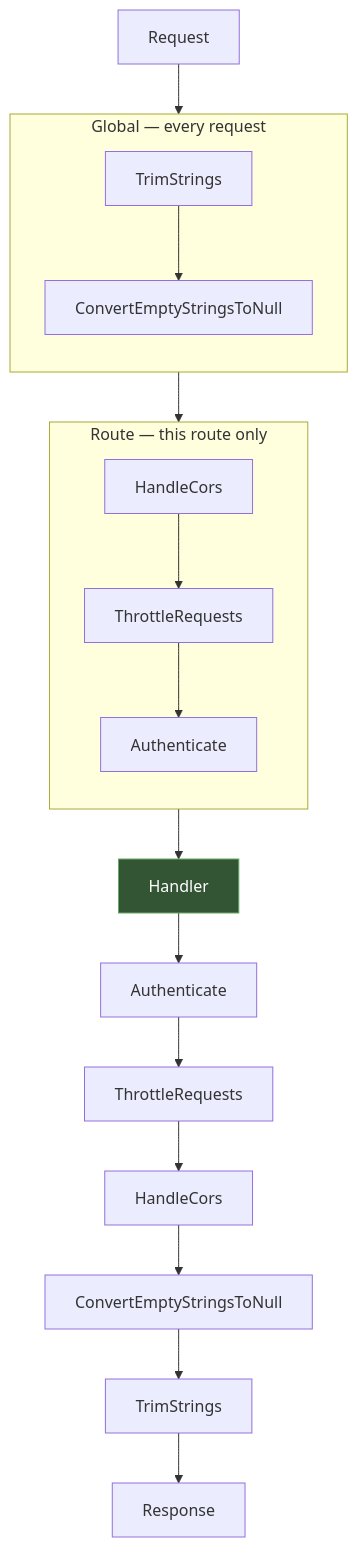
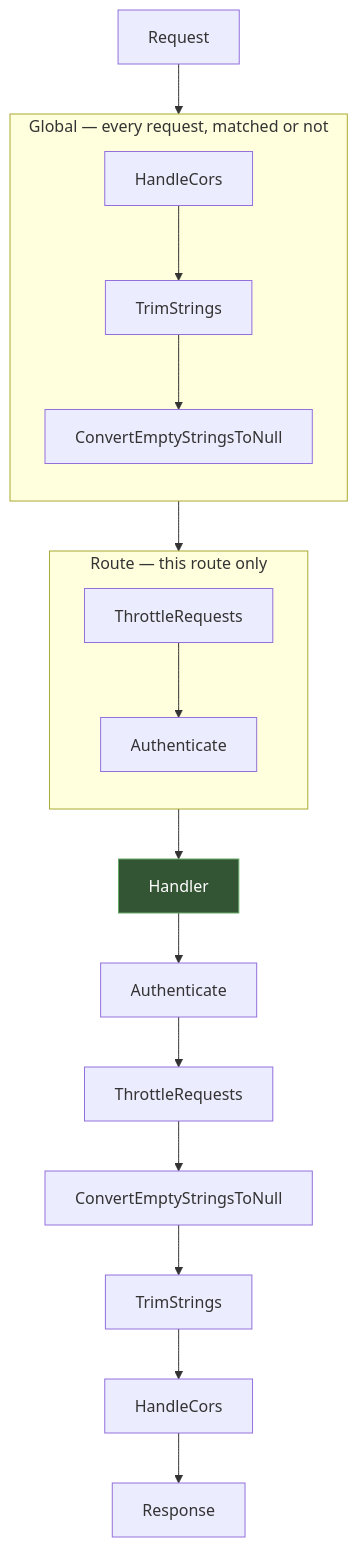
The first of 2 diagrams in docs/middleware.md (safewords/rainier-framework), drawn with Mermaid before and after one commit. The commit also changed other lines of this file and 21 other files, not shown here.

````diff
--- a/docs/middleware.md
+++ b/docs/middleware.md
@@ -38,21 +38,21 @@
 ```mermaid
 flowchart TD
-    subgraph global [Global — every request]
+    subgraph global [Global — every request, matched or not]
         direction TB
+        G0[HandleCors]
         G1[TrimStrings]
         G2[ConvertEmptyStringsToNull]
     end
 
     subgraph route [Route — this route only]
         direction TB
-        R1[HandleCors]
         R2[ThrottleRequests]
         R3[Authenticate]
     end
 
-    REQ[Request] --> G1 --> G2 --> R1 --> R2 --> R3 --> H[Handler]
-    H --> R3b[Authenticate] --> R2b[ThrottleRequests] --> R1b[HandleCors]
-    R1b --> G2b[ConvertEmptyStringsToNull] --> G1b[TrimStrings] --> RES[Response]
+    REQ[Request] --> G0 --> G1 --> G2 --> R2 --> R3 --> H[Handler]
+    H --> R3b[Authenticate] --> R2b[ThrottleRequests]
+    R2b --> G2b[ConvertEmptyStringsToNull] --> G1b[TrimStrings] --> G0b[HandleCors] --> RES[Response]
 
     style H fill:#353,stroke:#6a6,color:#fff
 ```
````
